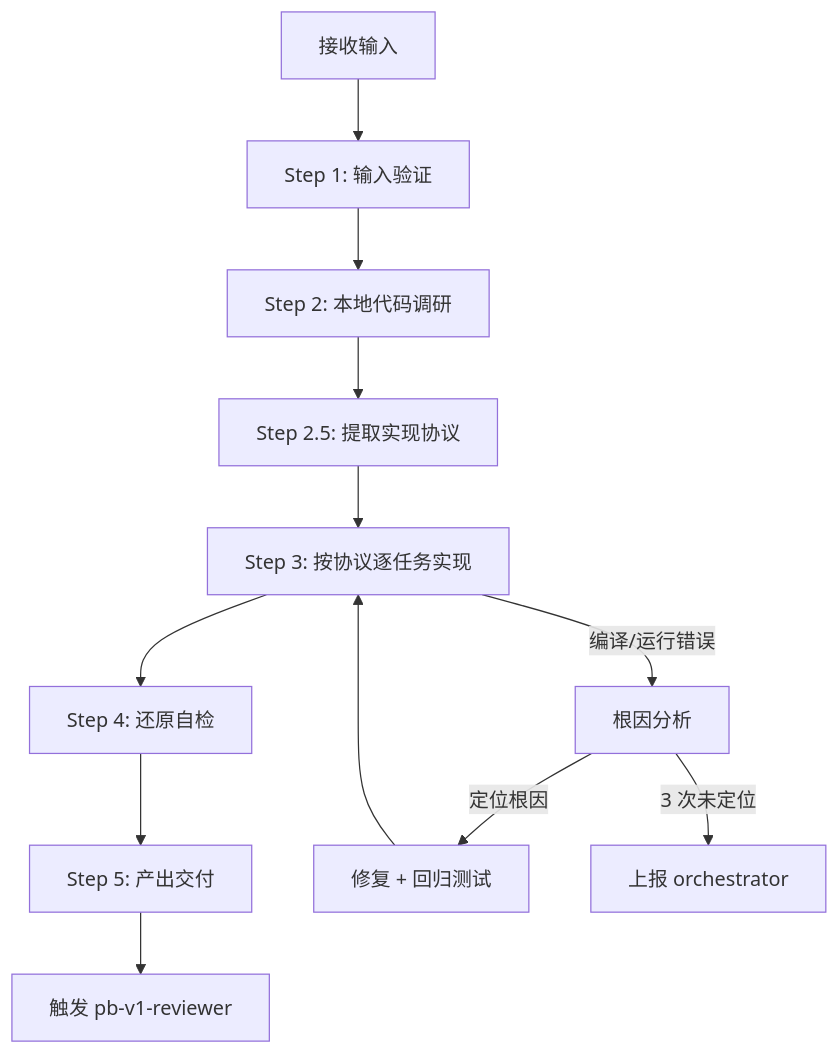
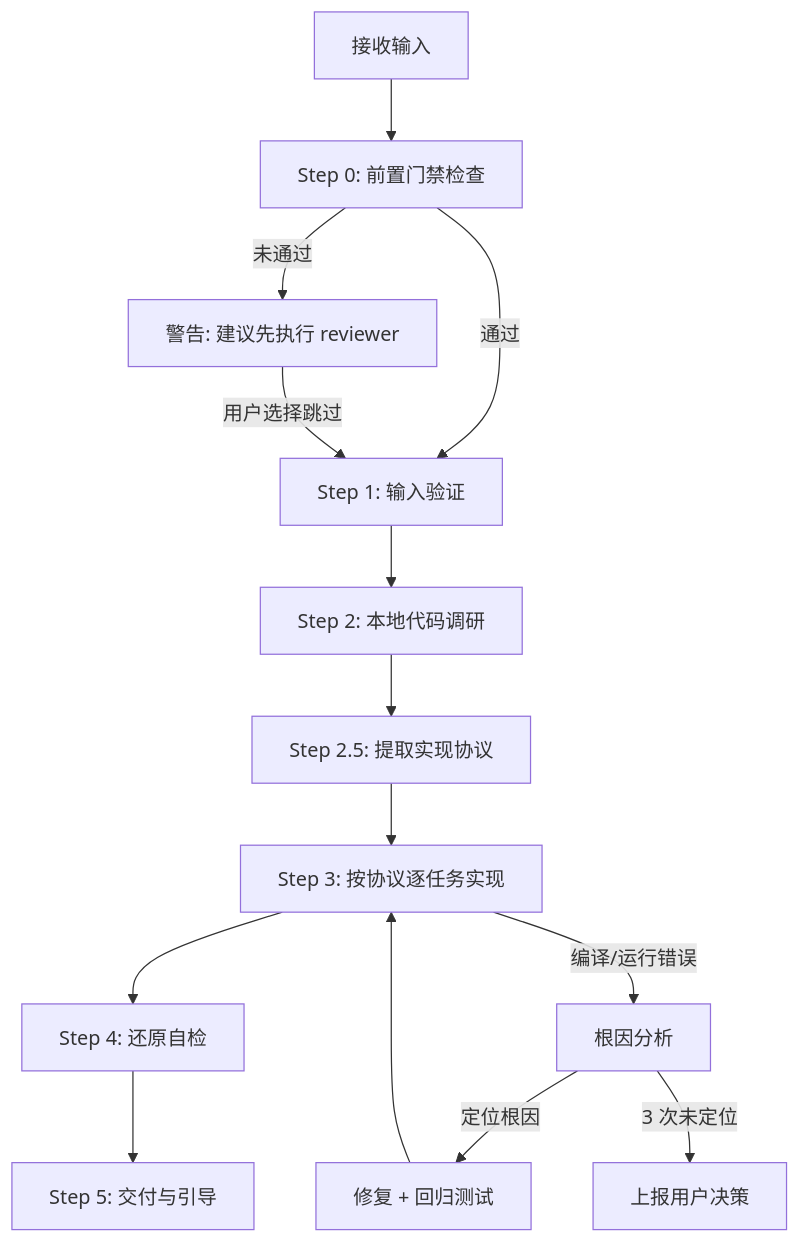
One commit to chenchiyuan/powerby-skills changed the first of 3 diagrams in skills/pb-v1-implementing/SKILL.md. Above: the diagram before and after it, drawn with Mermaid. The commit also changed other lines of this file and 46 other files, not shown here.

````diff
--- a/skills/pb-v1-implementing/SKILL.md
+++ b/skills/pb-v1-implementing/SKILL.md
@@ -175,15 +191,17 @@
 ```mermaid
 graph TD
-    Start[接收输入] --> Verify[Step 1: 输入验证]
+    Start[接收输入] --> S0[Step 0: 前置门禁检查]
+    S0 -->|通过| Verify[Step 1: 输入验证]
+    S0 -->|未通过| Warn[警告: 建议先执行 reviewer]
+    Warn -->|用户选择跳过| Verify
     Verify --> Research[Step 2: 本地代码调研]
     Research --> Protocol[Step 2.5: 提取实现协议]
     Protocol --> Impl[Step 3: 按协议逐任务实现]
     Impl --> SelfCheck[Step 4: 还原自检]
-    SelfCheck --> Output[Step 5: 产出交付]
-    Output --> End[触发 pb-v1-reviewer]
+    SelfCheck --> Output[Step 5: 交付与引导]
 
     Impl -->|编译/运行错误| RCA[根因分析]
     RCA -->|定位根因| Fix[修复 + 回归测试]
     Fix --> Impl
-    RCA -->|3 次未定位| Escalate[上报 orchestrator]
+    RCA -->|3 次未定位| Escalate[上报用户决策]
 ```
````
